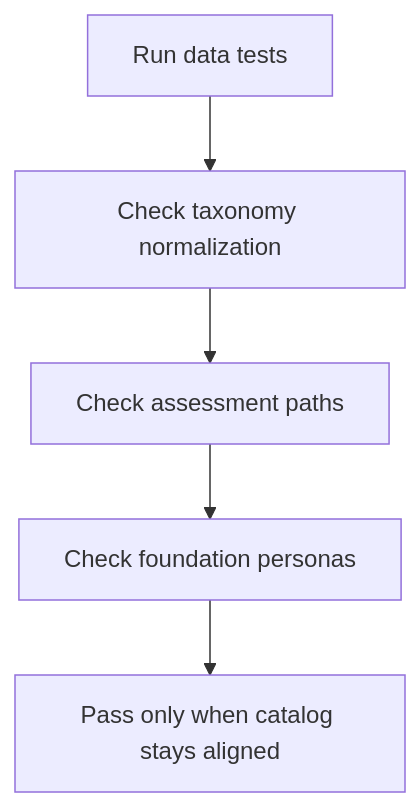
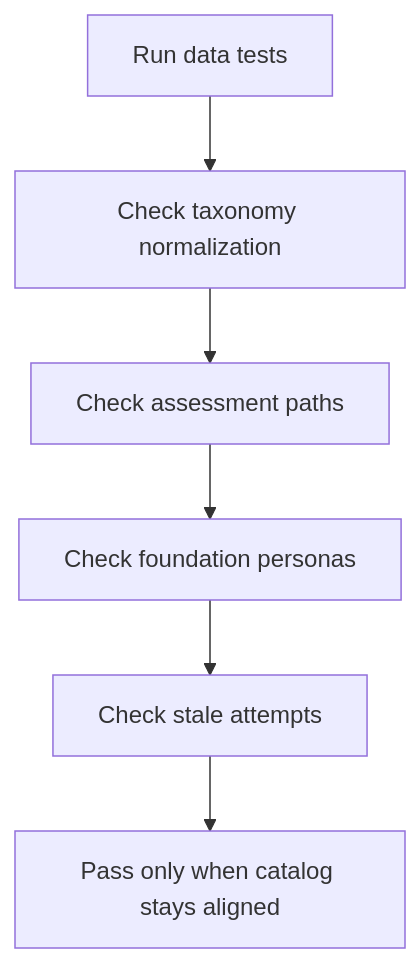
The diagram in docs/Codebase/Frontend/src/data/__tests__/learningAssessments.test.ts.md (JohnAndrewBalbarosa/NeoTerritory), drawn with Mermaid before and after one commit. The commit also changed other lines of this file and 25 other files, not shown here.

````diff
--- a/docs/Codebase/Frontend/src/data/__tests__/learningAssessments.test.ts.md
+++ b/docs/Codebase/Frontend/src/data/__tests__/learningAssessments.test.ts.md
@@ -9,10 +9,11 @@
 ```mermaid
 flowchart TD
     Start["Run data tests"]
     Norm["Check taxonomy normalization"]
     Path["Check assessment paths"]
     Persona["Check foundation personas"]
+    Fresh["Check stale attempts"]
     End["Pass only when catalog stays aligned"]
 
-    Start --> Norm --> Path --> Persona --> End
+    Start --> Norm --> Path --> Persona --> Fresh --> End
 ```
````
